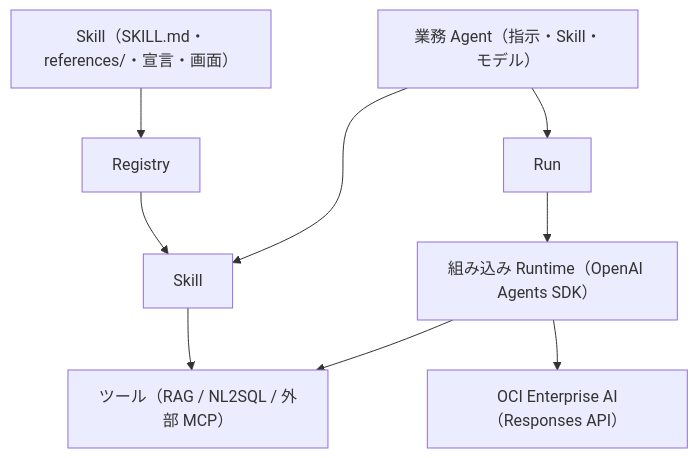
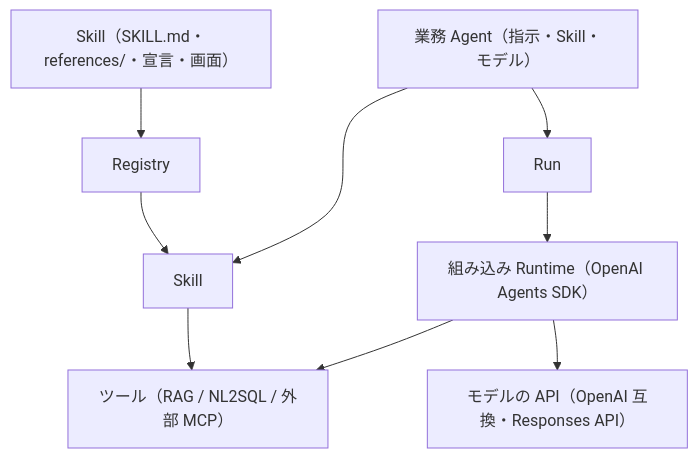
One commit to engchina/no.1-production-ready-assistant changed the diagram in agent/docs/agent-control-plane-design.md. Above: the diagram before and after it, drawn with Mermaid. The commit also changed other lines of this file and 422 other files, not shown here.

````diff
--- a/agent/docs/agent-control-plane-design.md
+++ b/agent/docs/agent-control-plane-design.md
@@ -12,11 +12,11 @@
 ```mermaid
 flowchart TD
   K["Skill（SKILL.md・references/・宣言・画面）"] --> R["Registry"]
   R --> S["Skill"]
   S --> T["ツール（RAG / NL2SQL / 外部 MCP）"]
   A["業務 Agent（指示・Skill・モデル）"] --> S
   A --> X["Run"]
   X --> B["組み込み Runtime（OpenAI Agents SDK）"]
-  B --> O["OCI Enterprise AI（Responses API）"]
+  B --> O["モデルの API（OpenAI 互換・Responses API）"]
   B --> T
 ```
````
